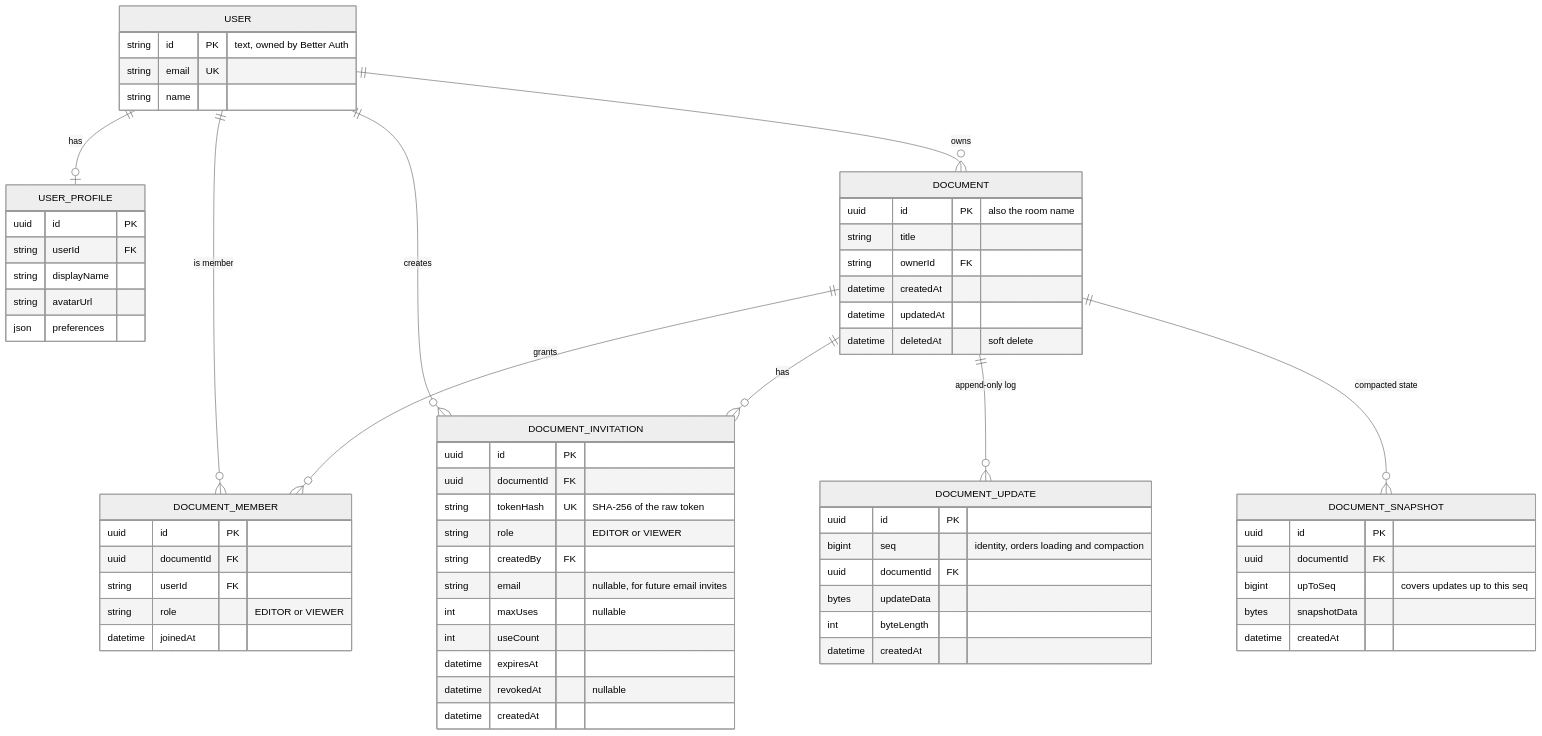
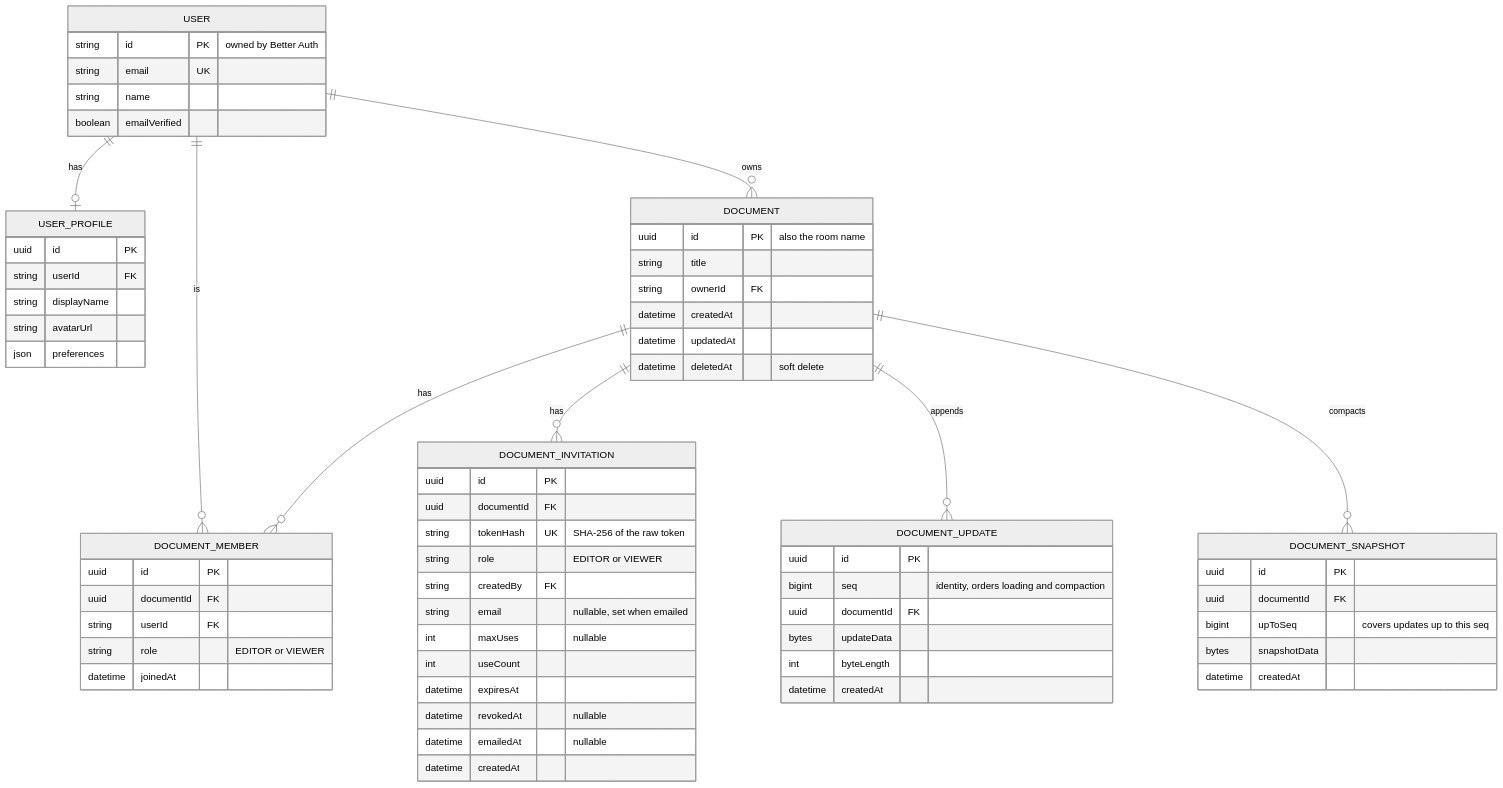
The sixth of 18 diagrams in docs/architecture-lld.md (syncspace-app/syncspace), drawn with Mermaid (neutral theme) before and after one commit. The commit also changed other lines of this file and 2 other files, not shown here.

````diff
--- a/docs/architecture-lld.md
+++ b/docs/architecture-lld.md
@@ -306,67 +395,68 @@
 ```mermaid
 erDiagram
   USER ||--o| USER_PROFILE : has
   USER ||--o{ DOCUMENT : owns
-  USER ||--o{ DOCUMENT_MEMBER : "is member"
-  USER ||--o{ DOCUMENT_INVITATION : creates
-  DOCUMENT ||--o{ DOCUMENT_MEMBER : grants
+  USER ||--o{ DOCUMENT_MEMBER : is
+  DOCUMENT ||--o{ DOCUMENT_MEMBER : has
   DOCUMENT ||--o{ DOCUMENT_INVITATION : has
-  DOCUMENT ||--o{ DOCUMENT_UPDATE : "append-only log"
-  DOCUMENT ||--o{ DOCUMENT_SNAPSHOT : "compacted state"
+  DOCUMENT ||--o{ DOCUMENT_UPDATE : appends
+  DOCUMENT ||--o{ DOCUMENT_SNAPSHOT : compacts
 
   USER {
-    string id PK "text, owned by Better Auth"
+    string id PK "owned by Better Auth"
     string email UK
     string name
+    boolean emailVerified
   }
   USER_PROFILE {
     uuid id PK
     string userId FK
     string displayName
     string avatarUrl
     json preferences
   }
   DOCUMENT {
     uuid id PK "also the room name"
     string title
     string ownerId FK
     datetime createdAt
     datetime updatedAt
     datetime deletedAt "soft delete"
   }
   DOCUMENT_MEMBER {
     uuid id PK
     uuid documentId FK
     string userId FK
     string role "EDITOR or VIEWER"
     datetime joinedAt
   }
   DOCUMENT_INVITATION {
     uuid id PK
     uuid documentId FK
     string tokenHash UK "SHA-256 of the raw token"
     string role "EDITOR or VIEWER"
     string createdBy FK
-    string email "nullable, for future email invites"
+    string email "nullable, set when emailed"
     int maxUses "nullable"
     int useCount
     datetime expiresAt
     datetime revokedAt "nullable"
+    datetime emailedAt "nullable"
     datetime createdAt
   }
   DOCUMENT_UPDATE {
     uuid id PK
     bigint seq "identity, orders loading and compaction"
     uuid documentId FK
     bytes updateData
     int byteLength
     datetime createdAt
   }
   DOCUMENT_SNAPSHOT {
     uuid id PK
     uuid documentId FK
     bigint upToSeq "covers updates up to this seq"
     bytes snapshotData
     datetime createdAt
   }
 ```
````
